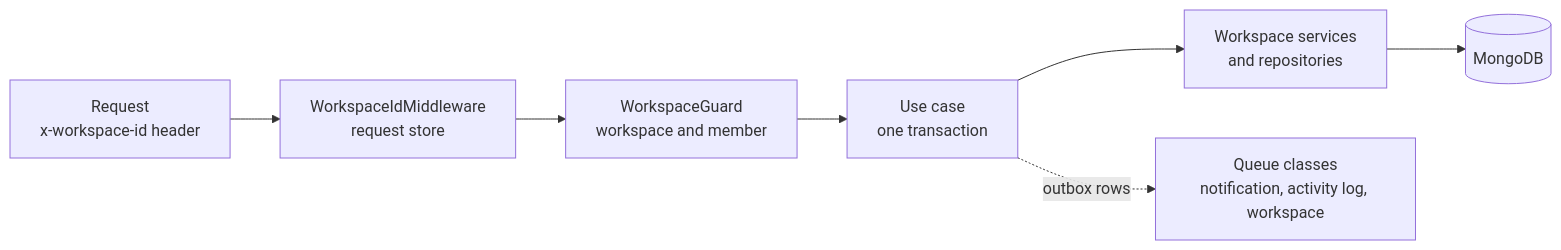
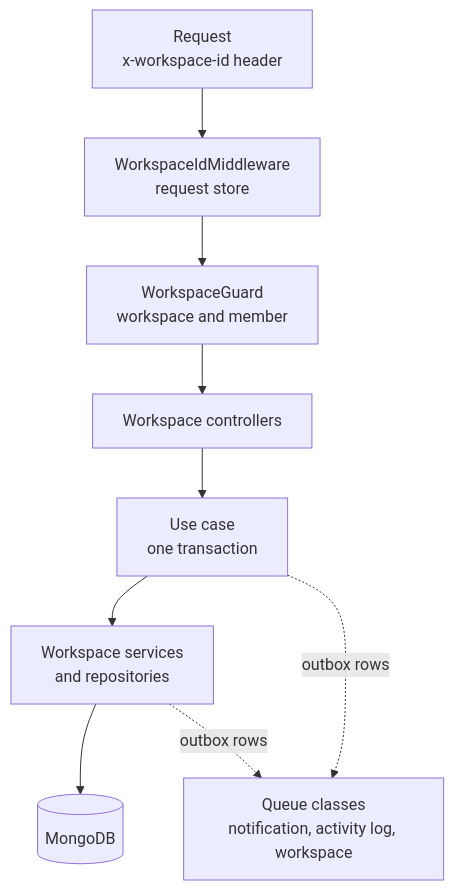
The diagram in docs/concepts/workspace.md (andrechristikan/ack-nestjs-boilerplate), drawn with Mermaid before and after one commit. The commit also changed other lines of this file and 35 other files, not shown here.

Commit message:
docs: draw every diagram top to bottom and match each to its page

````diff
--- a/docs/concepts/workspace.md
+++ b/docs/concepts/workspace.md
@@ -42,9 +44,11 @@
 ```mermaid
-flowchart LR
+flowchart TB
     RQ["Request<br/>x-workspace-id header"] --> MW["WorkspaceIdMiddleware<br/>request store"]
     MW --> GD["WorkspaceGuard<br/>workspace and member"]
-    GD --> UC["Use case<br/>one transaction"]
+    GD --> CT["Workspace controllers"]
+    CT --> UC["Use case<br/>one transaction"]
     UC --> SV["Workspace services<br/>and repositories"]
     SV --> DB[("MongoDB")]
     UC -.->|outbox rows| QU["Queue classes<br/>notification, activity log, workspace"]
+    SV -.->|outbox rows| QU
 ```
````
